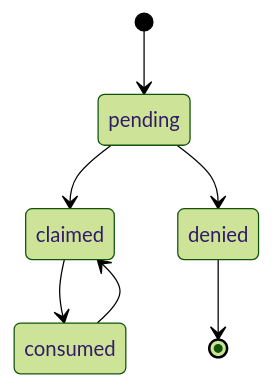
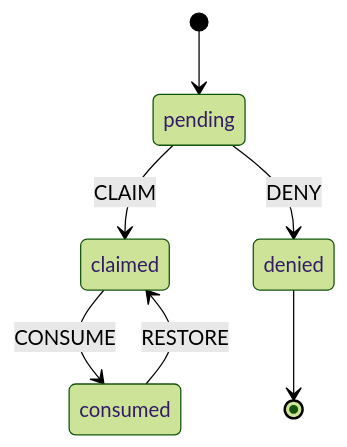
Before and after one commit to kody-hq/kody: the second of 51 diagrams in docs/contributing/state-machines.md, drawn with Mermaid (forest theme). The commit also changed other lines of this file and 129 other files, not shown here.

````diff
--- a/docs/contributing/state-machines.md
+++ b/docs/contributing/state-machines.md
@@ -65,9 +78,9 @@
 ```mermaid
 stateDiagram-v2
     [*] --> pending
-    pending --> claimed
-    pending --> denied
-    claimed --> consumed
-    consumed --> claimed
+    pending --> claimed: CLAIM
+    pending --> denied: DENY
+    claimed --> consumed: CONSUME
+    consumed --> claimed: RESTORE
     denied --> [*]
 ```
````
